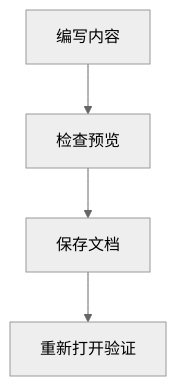
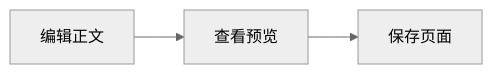
Before and after one commit to NianBroken/LeafDoc: the diagram in backend/internal/core/defaultdocs/content/markdown-extensions-and-troubleshooting.md, drawn with Mermaid (neutral theme). The commit also changed other lines of this file and 29 other files, not shown here.

````diff
--- a/backend/internal/core/defaultdocs/content/markdown-extensions-and-troubleshooting.md
+++ b/backend/internal/core/defaultdocs/content/markdown-extensions-and-troubleshooting.md
@@ -52,6 +24,5 @@
 ```mermaid
-flowchart TD
-    write[编写内容] --> preview[检查预览]
-    preview --> save[保存文档]
-    save --> verify[重新打开验证]
+flowchart LR
+  A[编辑正文] --> B[查看预览]
+  B --> C[保存页面]
 ```
````
